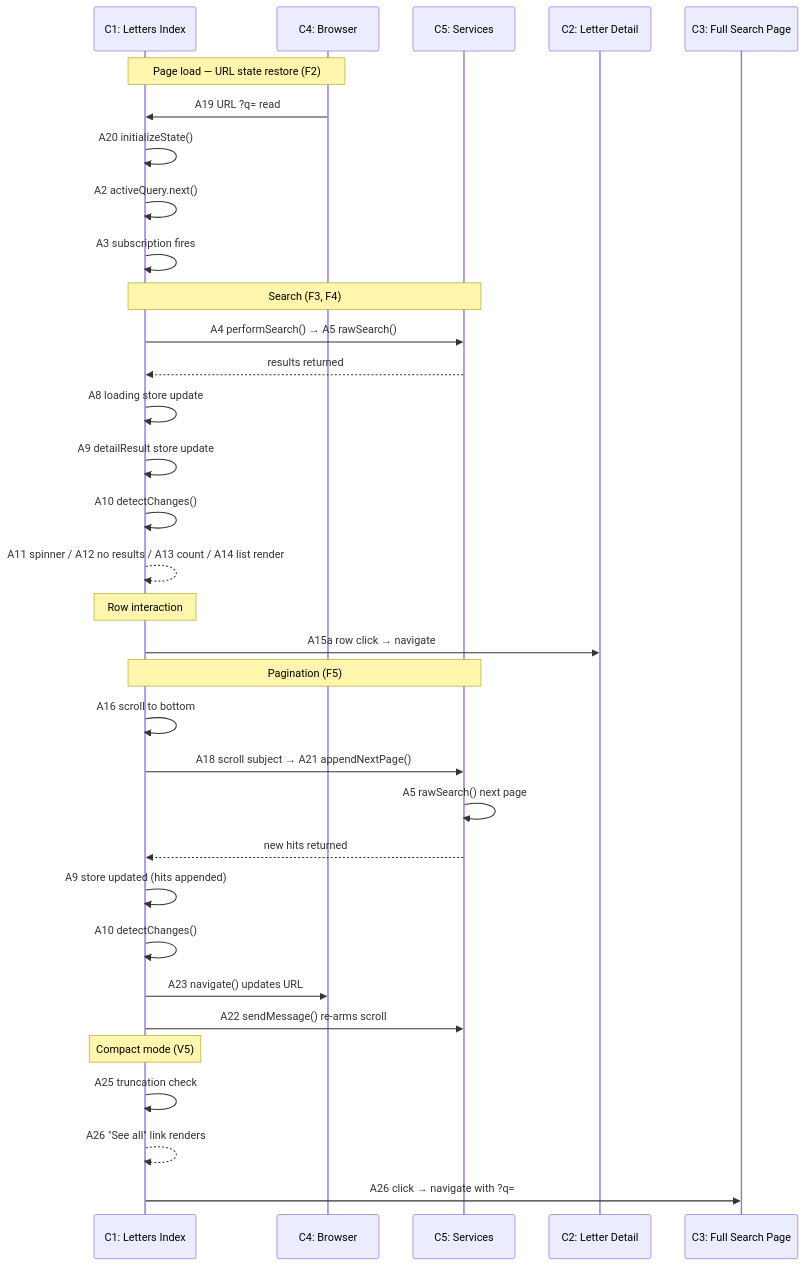
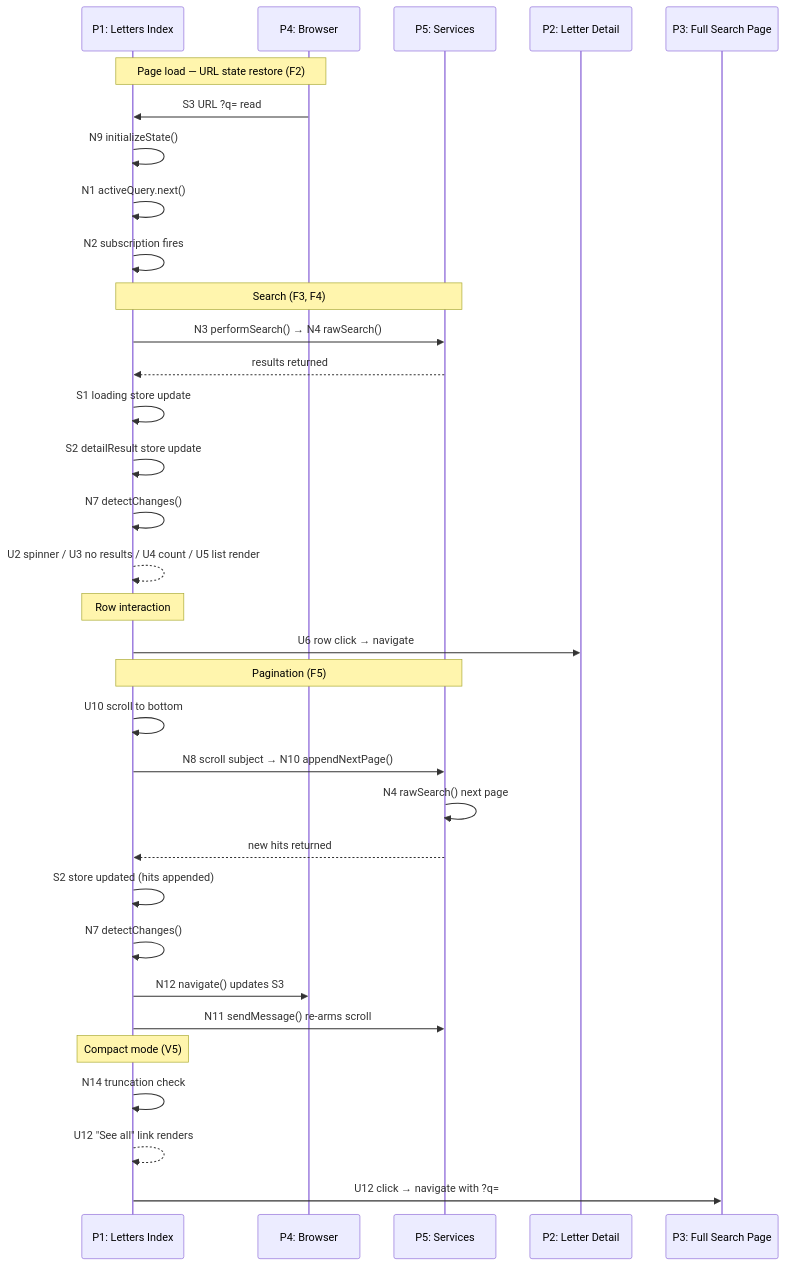
One commit to nosakhare/shaping-skills changed the fourth of 4 diagrams in breadboarding/EXAMPLES.md. Above: the diagram before and after it, drawn with Mermaid. The commit also changed other lines of this file and 4 other files, not shown here.

First line of the commit message:
feat: Revise breadboarding vocabulary and add state diagram artefact

````diff
--- a/breadboarding/EXAMPLES.md
+++ b/breadboarding/EXAMPLES.md
@@ -167,40 +246,40 @@
 ```mermaid
 sequenceDiagram
-    participant C1 as C1: Letters Index
-    participant C4 as C4: Browser
-    participant C5 as C5: Services
-    participant C2 as C2: Letter Detail
-    participant C3 as C3: Full Search Page
+    participant P1 as P1: Letters Index
+    participant P4 as P4: Browser
+    participant P5 as P5: Services
+    participant P2 as P2: Letter Detail
+    participant P3 as P3: Full Search Page
 
-    Note over C4,C1: Page load — URL state restore (F2)
-    C4->>C1: A19 URL ?q= read
-    C1->>C1: A20 initializeState()
-    C1->>C1: A2 activeQuery.next()
-    C1->>C1: A3 subscription fires
+    Note over P4,P1: Page load — URL state restore (F2)
+    P4->>P1: S3 URL ?q= read
+    P1->>P1: N9 initializeState()
+    P1->>P1: N1 activeQuery.next()
+    P1->>P1: N2 subscription fires
 
-    Note over C1,C5: Search (F3, F4)
-    C1->>C5: A4 performSearch() → A5 rawSearch()
-    C5-->>C1: results returned
-    C1->>C1: A8 loading store update
-    C1->>C1: A9 detailResult store update
-    C1->>C1: A10 detectChanges()
-    C1-->>C1: A11 spinner / A12 no results / A13 count / A14 list render
+    Note over P1,P5: Search (F3, F4)
+    P1->>P5: N3 performSearch() → N4 rawSearch()
+    P5-->>P1: results returned
+    P1->>P1: S1 loading store update
+    P1->>P1: S2 detailResult store update
+    P1->>P1: N7 detectChanges()
+    P1-->>P1: U2 spinner / U3 no results / U4 count / U5 list render
 
-    Note over C1: Row interaction
-    C1->>C2: A15a row click → navigate
+    Note over P1: Row interaction
+    P1->>P2: U6 row click → navigate
 
-    Note over C1,C5: Pagination (F5)
-    C1->>C1: A16 scroll to bottom
-    C1->>C5: A18 scroll subject → A21 appendNextPage()
-    C5->>C5: A5 rawSearch() next page
-    C5-->>C1: new hits returned
-    C1->>C1: A9 store updated (hits appended)
-    C1->>C1: A10 detectChanges()
-    C1->>C4: A23 navigate() updates URL
-    C1->>C5: A22 sendMessage() re-arms scroll
+    Note over P1,P5: Pagination (F5)
+    P1->>P1: U10 scroll to bottom
+    P1->>P5: N8 scroll subject → N10 appendNextPage()
+    P5->>P5: N4 rawSearch() next page
+    P5-->>P1: new hits returned
+    P1->>P1: S2 store updated (hits appended)
+    P1->>P1: N7 detectChanges()
+    P1->>P4: N12 navigate() updates S3
+    P1->>P5: N11 sendMessage() re-arms scroll
 
-    Note over C1: Compact mode (V5)
-    C1->>C1: A25 truncation check
-    C1-->>C1: A26 "See all" link renders
-    C1->>C3: A26 click → navigate with ?q=
+    Note over P1: Compact mode (V5)
+    P1->>P1: N14 truncation check
+    P1-->>P1: U12 "See all" link renders
+    P1->>P3: U12 click → navigate with ?q=
 ```
````
